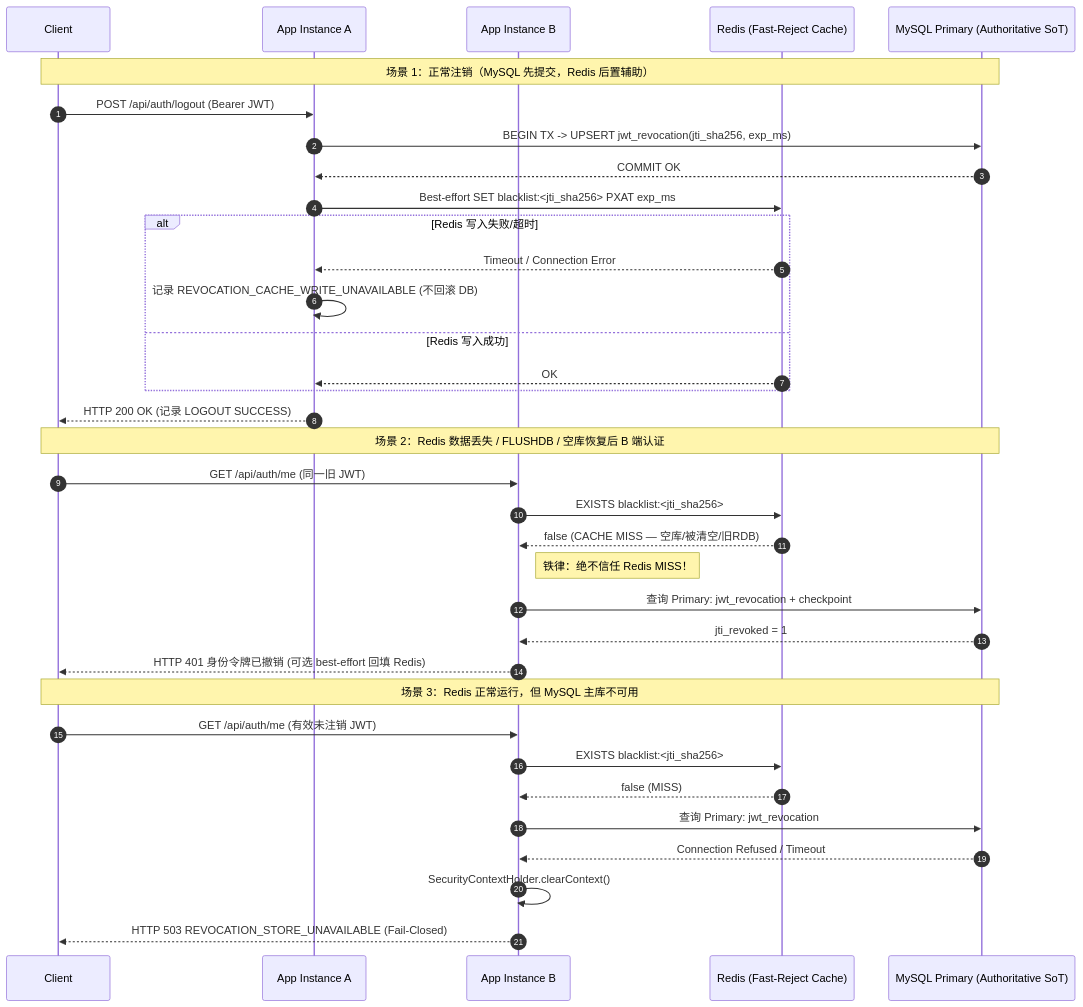
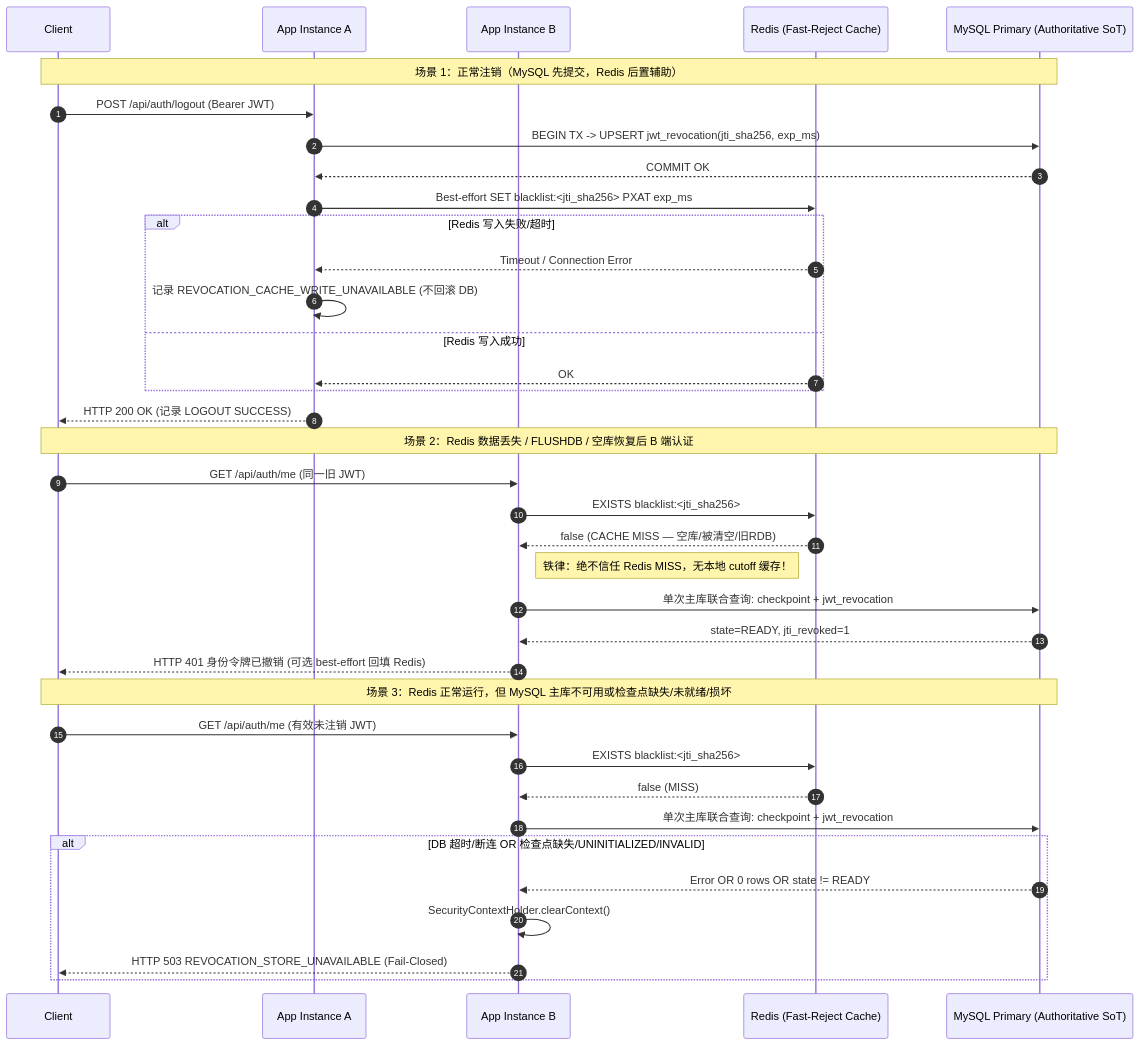
The diagram in doc/development/issue64-durable-revocation-adr.md (Wjx871/Population_miniterm), drawn with Mermaid before and after one commit. The commit also changed other lines of this file and 14 other files, not shown here.

Commit message:
docs(security): harden #64 durable revocation ADR and separate BASELINE_RED / TARGET_GREEN gates

````diff
--- a/doc/development/issue64-durable-revocation-adr.md
+++ b/doc/development/issue64-durable-revocation-adr.md
@@ -196,40 +249,42 @@
 ```mermaid
 sequenceDiagram
     autonumber
     participant C as Client
     participant A as App Instance A
     participant B as App Instance B
     participant R as Redis (Fast-Reject Cache)
     participant DB as MySQL Primary (Authoritative SoT)
 
     Note over C,DB: 场景 1：正常注销（MySQL 先提交，Redis 后置辅助）
     C->>A: POST /api/auth/logout (Bearer JWT)
     A->>DB: BEGIN TX -> UPSERT jwt_revocation(jti_sha256, exp_ms)
     DB-->>A: COMMIT OK
     A->>R: Best-effort SET blacklist:<jti_sha256> PXAT exp_ms
     alt Redis 写入失败/超时
         R-->>A: Timeout / Connection Error
         A->>A: 记录 REVOCATION_CACHE_WRITE_UNAVAILABLE (不回滚 DB)
     else Redis 写入成功
         R-->>A: OK
     end
     A-->>C: HTTP 200 OK (记录 LOGOUT SUCCESS)
 
     Note over C,DB: 场景 2：Redis 数据丢失 / FLUSHDB / 空库恢复后 B 端认证
     C->>B: GET /api/auth/me (同一旧 JWT)
     B->>R: EXISTS blacklist:<jti_sha256>
     R-->>B: false (CACHE MISS — 空库/被清空/旧RDB)
-    Note right of B: 铁律：绝不信任 Redis MISS！
-    B->>DB: 查询 Primary: jwt_revocation + checkpoint
-    DB-->>B: jti_revoked = 1
+    Note right of B: 铁律：绝不信任 Redis MISS，无本地 cutoff 缓存！
+    B->>DB: 单次主库联合查询: checkpoint + jwt_revocation
+    DB-->>B: state=READY, jti_revoked=1
     B-->>C: HTTP 401 身份令牌已撤销 (可选 best-effort 回填 Redis)
 
-    Note over C,DB: 场景 3：Redis 正常运行，但 MySQL 主库不可用
+    Note over C,DB: 场景 3：Redis 正常运行，但 MySQL 主库不可用或检查点缺失/未就绪/损坏
     C->>B: GET /api/auth/me (有效未注销 JWT)
     B->>R: EXISTS blacklist:<jti_sha256>
     R-->>B: false (MISS)
-    B->>DB: 查询 Primary: jwt_revocation
-    DB-->>B: Connection Refused / Timeout
-    B->>B: SecurityContextHolder.clearContext()
-    B-->>C: HTTP 503 REVOCATION_STORE_UNAVAILABLE (Fail-Closed)
+    B->>DB: 单次主库联合查询: checkpoint + jwt_revocation
+    alt DB 超时/断连 OR 检查点缺失/UNINITIALIZED/INVALID
+        DB-->>B: Error OR 0 rows OR state != READY
+        B->>B: SecurityContextHolder.clearContext()
+        B-->>C: HTTP 503 REVOCATION_STORE_UNAVAILABLE (Fail-Closed)
+    end
 ```
````
